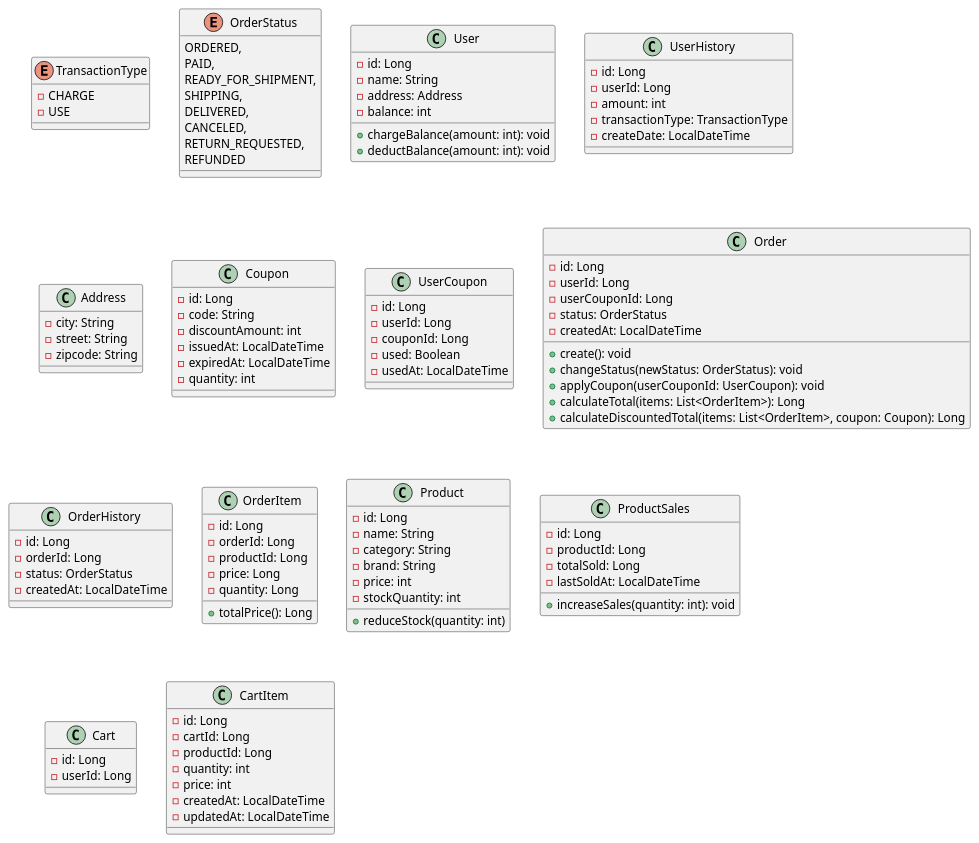
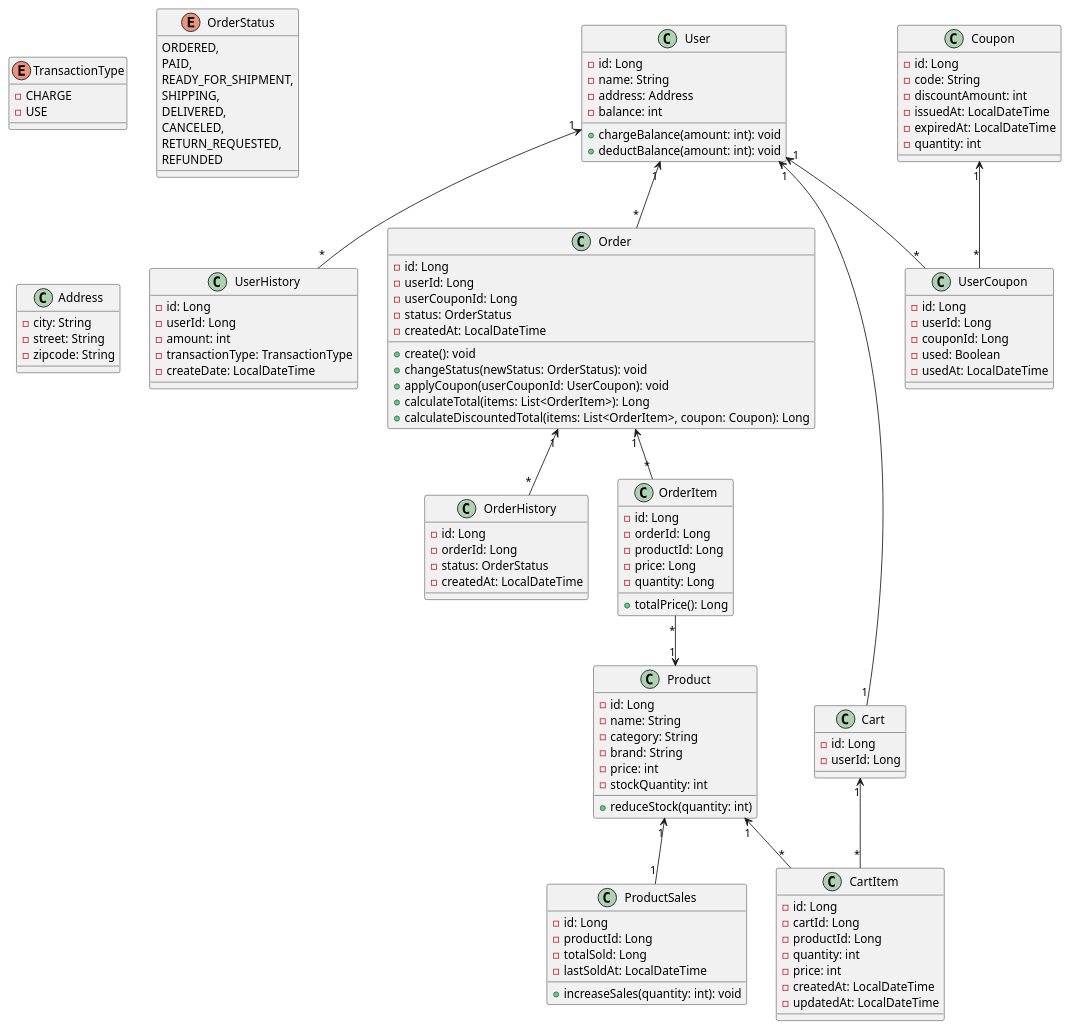
One commit to honge7694/hdd-server-java changed the diagram in docs/class-diagram/class-diagram.puml. Above: the diagram before and after it, drawn with PlantUML. The commit also changed 1 other file, not shown here.

Commit message:
Class Diagram 2차 수정 - 관계 포시

```diff
--- a/docs/class-diagram/class-diagram.puml
+++ b/docs/class-diagram/class-diagram.puml
@@ -1,122 +1,138 @@
 @startuml
 
 enum TransactionType {
     - CHARGE
     - USE
 }
 
 enum OrderStatus {
     ORDERED,
     PAID,
     READY_FOR_SHIPMENT,
     SHIPPING,
     DELIVERED,
     CANCELED,
     RETURN_REQUESTED,
     REFUNDED
 }
 
 class User {
     - id: Long
     - name: String
     - address: Address
     - balance: int
     + chargeBalance(amount: int): void
     + deductBalance(amount: int): void
 }
 
 class UserHistory {
     - id: Long
     - userId: Long
     - amount: int
     - transactionType: TransactionType
     - createDate: LocalDateTime
 }
 
 class Address {
     - city: String
     - street: String
     - zipcode: String
 }
 
 class Coupon {
     - id: Long
     - code: String
     - discountAmount: int
     - issuedAt: LocalDateTime
     - expiredAt: LocalDateTime
     - quantity: int
 }
 
 class UserCoupon {
     - id: Long
     - userId: Long
     - couponId: Long
     - used: Boolean
     - usedAt: LocalDateTime
 }
 
 class Order {
     - id: Long
     - userId: Long
     - userCouponId: Long
     - status: OrderStatus
     - createdAt: LocalDateTime
     + create(): void
     + changeStatus(newStatus: OrderStatus): void
     + applyCoupon(userCouponId: UserCoupon): void
     + calculateTotal(items: List<OrderItem>): Long
     + calculateDiscountedTotal(items: List<OrderItem>, coupon: Coupon): Long
 }
 
 class OrderHistory {
     - id: Long
     - orderId: Long
     - status: OrderStatus
     - createdAt: LocalDateTime
 }
 
 class OrderItem {
     - id: Long
     - orderId: Long
     - productId: Long
     - price: Long
     - quantity: Long
     + totalPrice(): Long
 }
 
 class Product {
     - id: Long
     - name: String
     - category: String
     - brand: String
     - price: int
     - stockQuantity: int
     + reduceStock(quantity: int)
 }
 
 ' 판매량을 조회를 위해 분리
 class ProductSales {
     - id: Long
     - productId: Long
     - totalSold: Long
     - lastSoldAt: LocalDateTime
     + increaseSales(quantity: int): void
 }
 
 class Cart {
     - id: Long
     - userId: Long
 }
 
 class CartItem {
     - id: Long
     - cartId: Long
     - productId: Long
     - quantity: int
     - price: int
     - createdAt: LocalDateTime
     - updatedAt: LocalDateTime
 }
 
+' 관계 정의
+User "1" <-- "*" UserHistory
+User "1" <-- "*" UserCoupon
+Coupon "1" <-- "*" UserCoupon
+
+User "1" <-- "*" Order
+Order "1" <-- "*" OrderItem
+OrderItem "*" --> "1" Product
+Order "1" <-- "*" OrderHistory
+
+Product "1" <-- "1" ProductSales
+
+User "1" <-- "1" Cart
+Cart "1" <-- "*" CartItem
+Product "1" <-- "*" CartItem
+
 @enduml
```
